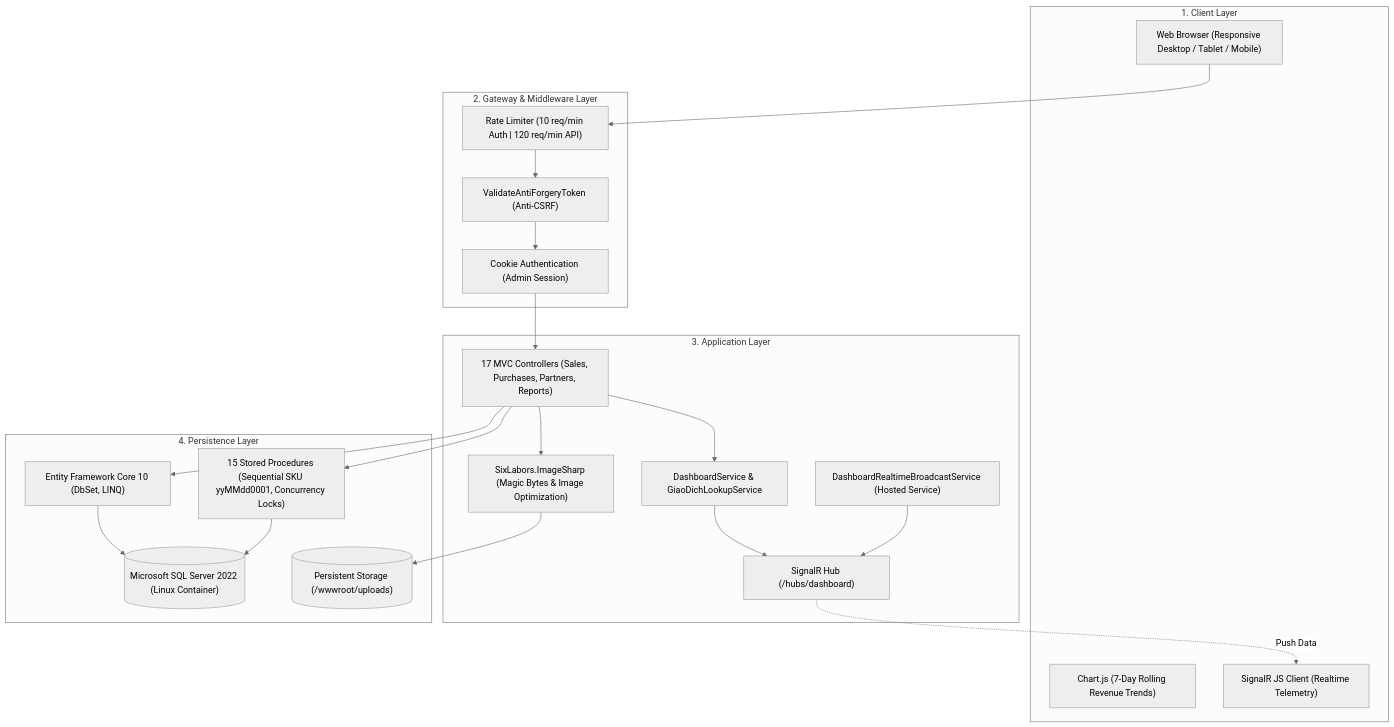
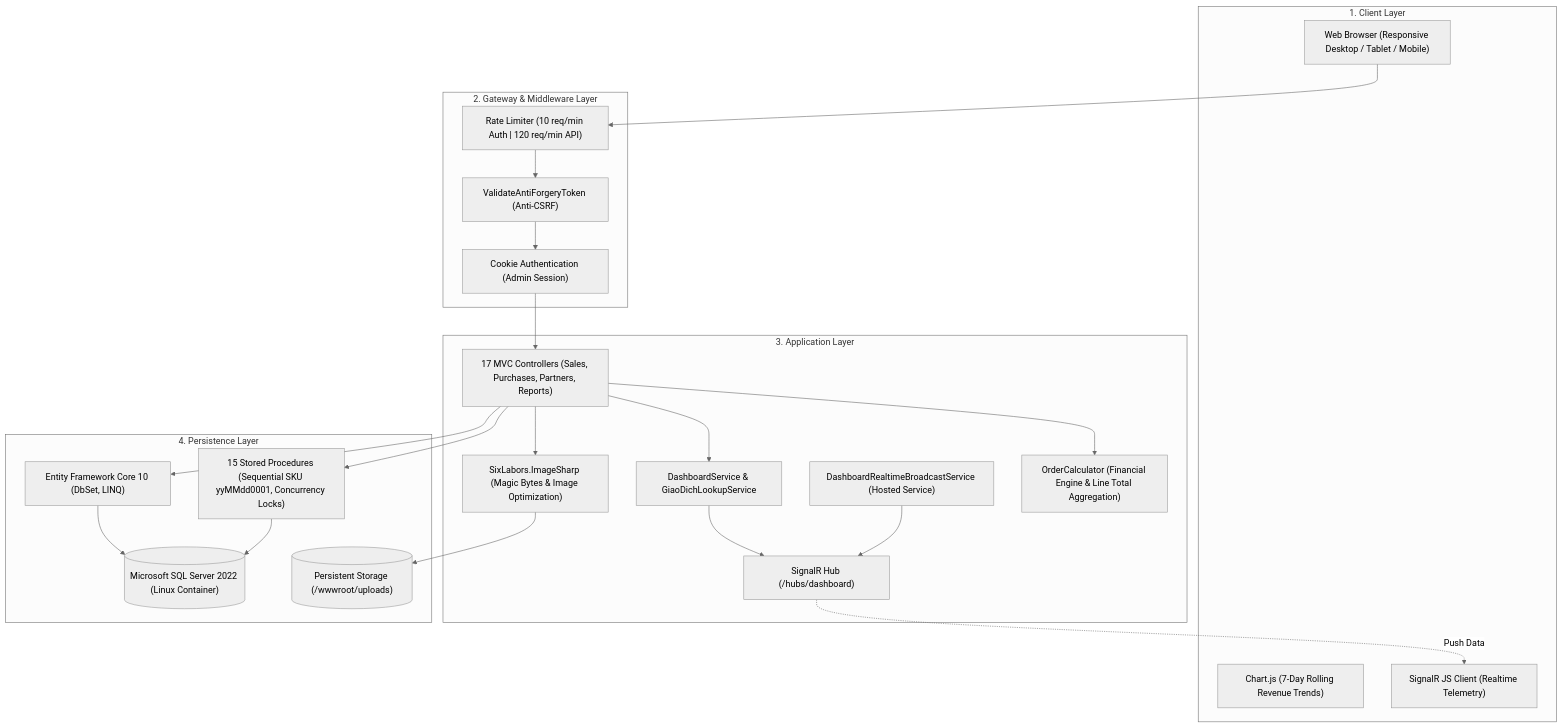
One commit to nguyenxp3n/WebQLBH changed the first of 2 diagrams in README_en.md. Above: the diagram before and after it, drawn with Mermaid (neutral theme). The commit also changed other lines of this file and 1 other file, not shown here.

````diff
--- a/README_en.md
+++ b/README_en.md
@@ -46,46 +46,48 @@
 ```mermaid
 flowchart TD
     subgraph ClientLayer ["1. Client Layer"]
         Browser["Web Browser (Responsive Desktop / Tablet / Mobile)"]
         ChartJS["Chart.js (7-Day Rolling Revenue Trends)"]
         SignalRClient["SignalR JS Client (Realtime Telemetry)"]
     end
 
     subgraph GatewayMiddleware ["2. Gateway & Middleware Layer"]
         RateLimiter["Rate Limiter (10 req/min Auth | 120 req/min API)"]
         Antiforgery["ValidateAntiForgeryToken (Anti-CSRF)"]
         CookieAuth["Cookie Authentication (Admin Session)"]
     end
 
     subgraph AppLayer ["3. Application Layer"]
         Controllers["17 MVC Controllers (Sales, Purchases, Partners, Reports)"]
         DashboardService["DashboardService & GiaoDichLookupService"]
         RealtimeHub["SignalR Hub (/hubs/dashboard)"]
         BackgroundWorker["DashboardRealtimeBroadcastService (Hosted Service)"]
         ImageSecurity["SixLabors.ImageSharp (Magic Bytes & Image Optimization)"]
+        OrderEngine["OrderCalculator (Financial Engine & Line Total Aggregation)"]
     end
 
     subgraph DataAccessLayer ["4. Persistence Layer"]
         EFCore["Entity Framework Core 10 (DbSet, LINQ)"]
         StoredProcedures["15 Stored Procedures (Sequential SKU yyMMdd0001, Concurrency Locks)"]
         SQLServer[("Microsoft SQL Server 2022 (Linux Container)")]
         UploadVolume[("Persistent Storage (/wwwroot/uploads)")]
     end
 
     Browser --> RateLimiter
     RateLimiter --> Antiforgery
     Antiforgery --> CookieAuth
     CookieAuth --> Controllers
 
     Controllers --> DashboardService
     Controllers --> ImageSecurity
+    Controllers --> OrderEngine
     ImageSecurity --> UploadVolume
     DashboardService --> RealtimeHub
     BackgroundWorker --> RealtimeHub
     RealtimeHub -. Push Data .-> SignalRClient
 
     Controllers --> EFCore
     Controllers --> StoredProcedures
     EFCore --> SQLServer
     StoredProcedures --> SQLServer
 ```
````
